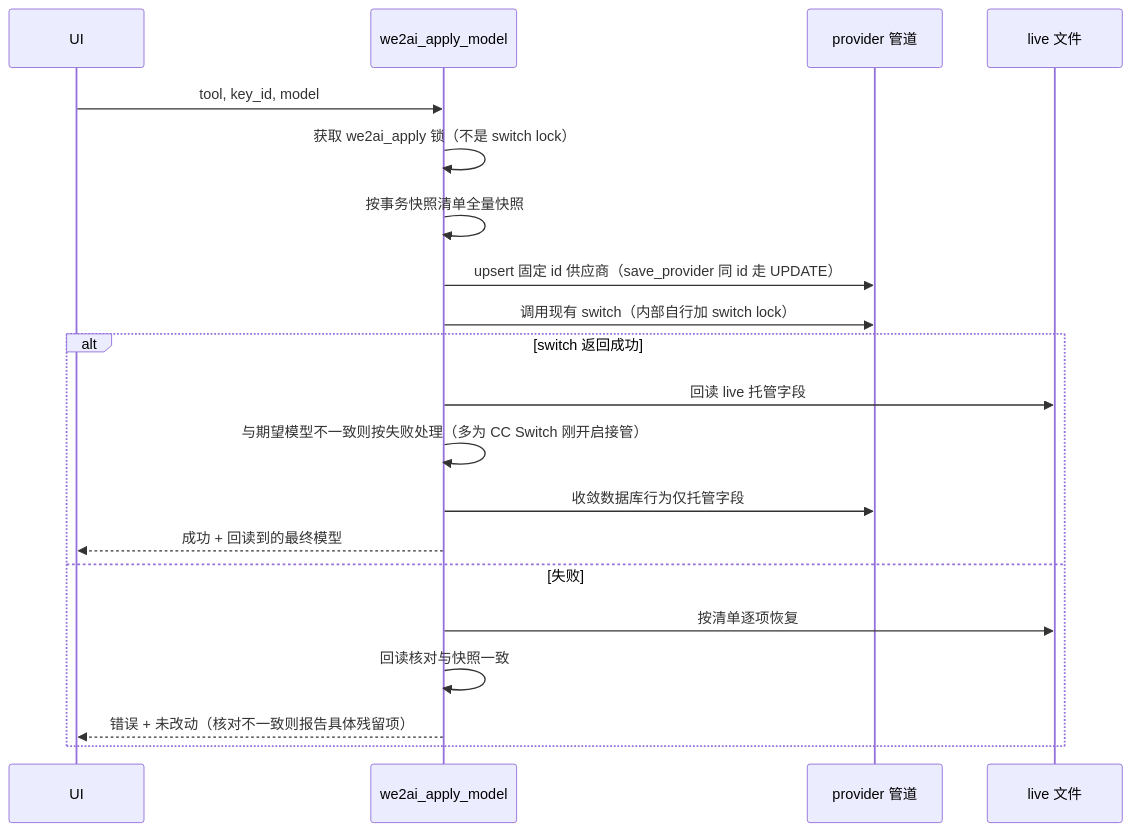
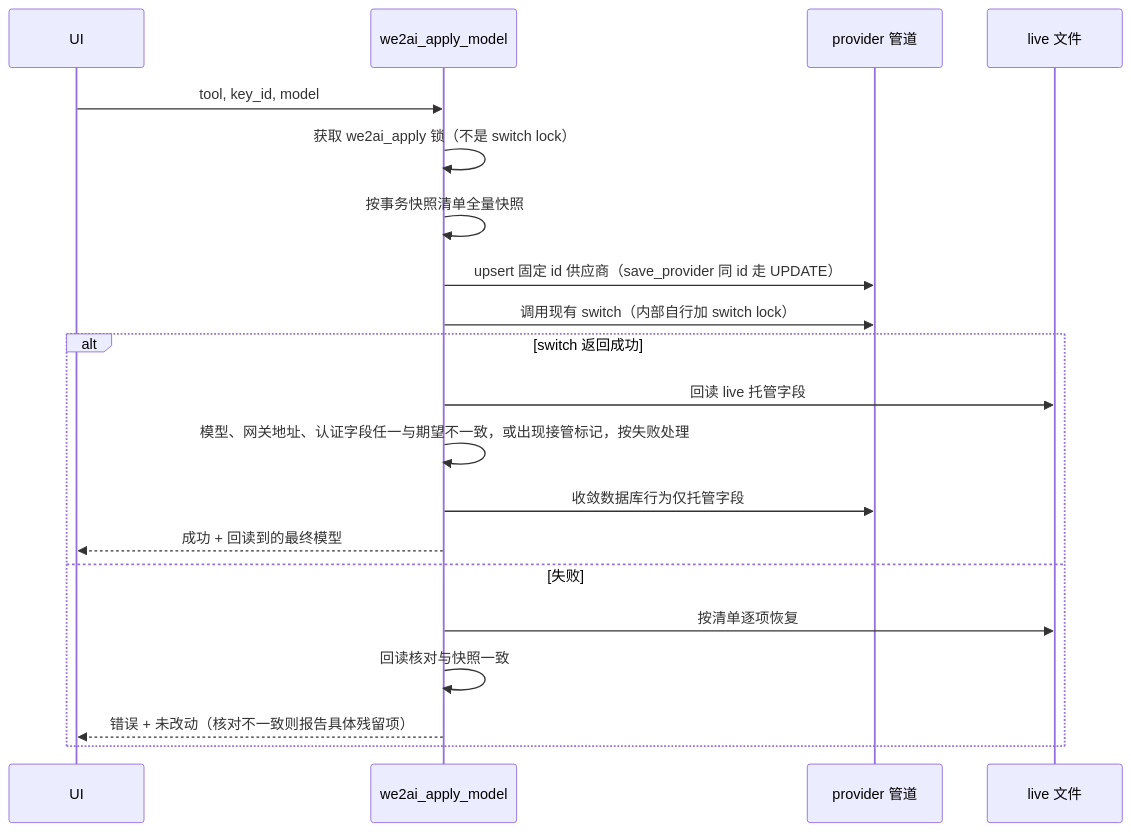
Before and after one commit to imleoo/cc-switch: the third of 4 diagrams in claudedocs/we2ai-客户端定制方案.md, drawn with Mermaid. The commit also changed other lines of this file, not shown here.

````diff
--- a/claudedocs/we2ai-客户端定制方案.md
+++ b/claudedocs/we2ai-客户端定制方案.md
@@ -148,22 +152,22 @@
 ```mermaid
 sequenceDiagram
   participant UI
   participant A as we2ai_apply_model
   participant P as provider 管道
   participant F as live 文件
   UI->>A: tool, key_id, model
   A->>A: 获取 we2ai_apply 锁（不是 switch lock）
   A->>A: 按事务快照清单全量快照
   A->>P: upsert 固定 id 供应商（save_provider 同 id 走 UPDATE）
   A->>P: 调用现有 switch（内部自行加 switch lock）
   alt switch 返回成功
     A->>F: 回读 live 托管字段
-    A->>A: 与期望模型不一致则按失败处理（多为 CC Switch 刚开启接管）
+    A->>A: 模型、网关地址、认证字段任一与期望不一致，或出现接管标记，按失败处理
     A->>P: 收敛数据库行为仅托管字段
     A-->>UI: 成功 + 回读到的最终模型
   else 失败
     A->>F: 按清单逐项恢复
     A->>A: 回读核对与快照一致
     A-->>UI: 错误 + 未改动（核对不一致则报告具体残留项）
   end
 ```
````
